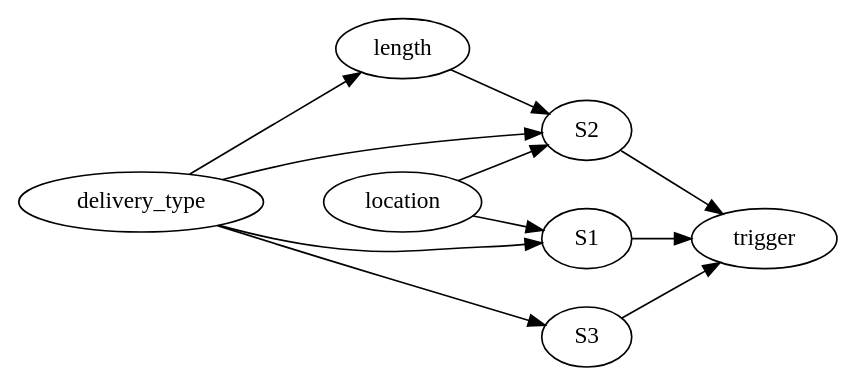
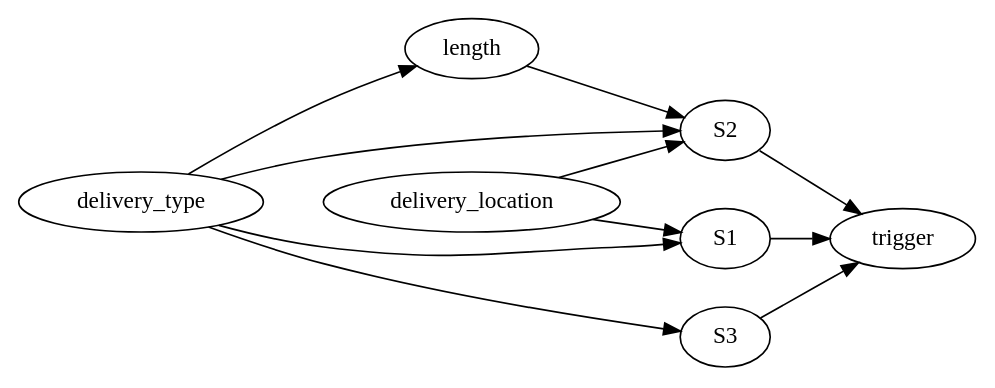
The diagram in examples/logistic_regression/gui/dag2.dot (benzene789/CausalTestingFramework), drawn with Graphviz before and after one commit. The commit also changed 12 other files, not shown here.

```diff
--- a/examples/logistic_regression/gui/dag2.dot
+++ b/examples/logistic_regression/gui/dag2.dot
@@ -1,12 +1,12 @@
 digraph dag_2 {
     rankdir=LR;
     delivery_type -> length;
     delivery_type -> S1;
     delivery_type -> S2;
     delivery_type -> S3;
     length -> S2;
-    location -> S1;
-    location -> S2;
+    delivery_location -> S1;
+    delivery_location -> S2;
     S1 -> trigger;
     S2 -> trigger;
     S3 -> trigger;}
```
